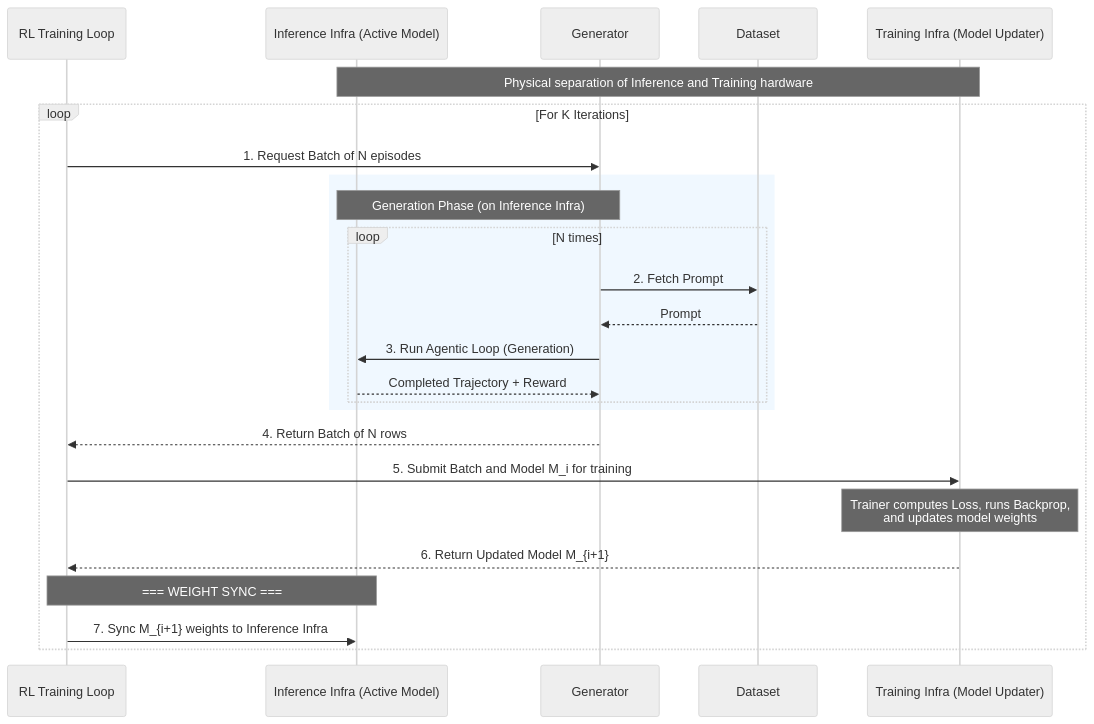
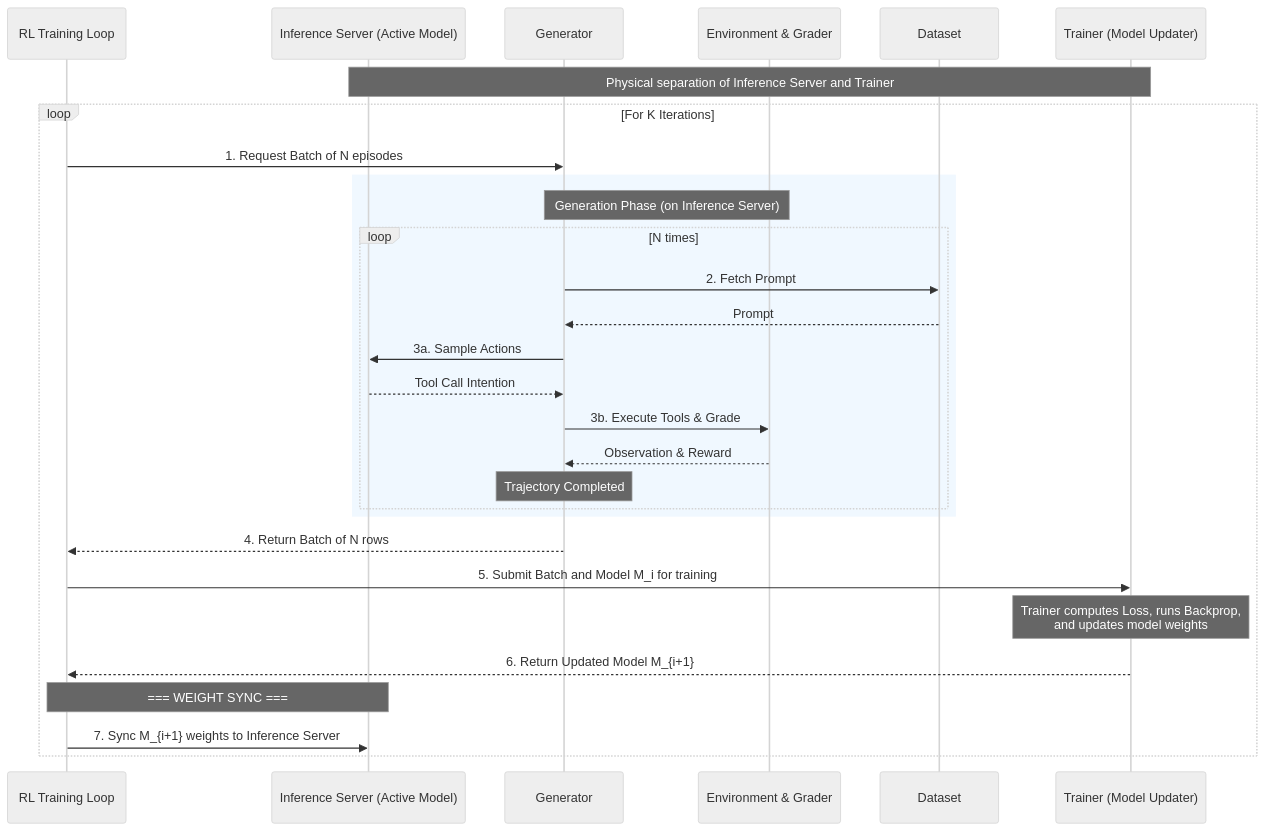
The diagram in rl_training_loop_detailed.mmd (droot/RL101), drawn with Mermaid (neutral theme) before and after one commit. The commit also changed 6 other files, not shown here.

Commit message:
RL 101: Added inference server and environement in all

```diff
--- a/rl_training_loop_detailed.mmd
+++ b/rl_training_loop_detailed.mmd
@@ -1,31 +1,35 @@
 sequenceDiagram
     participant O as RL Training Loop
-    participant I as Inference Infra (Active Model)
+    participant I as Inference Server (Active Model)
     participant G as Generator
+    participant E as Environment & Grader
     participant D as Dataset
-    participant T as Training Infra (Model Updater)
+    participant T as Trainer (Model Updater)
 
-    Note over I,T: Physical separation of Inference and Training hardware
+    Note over I,T: Physical separation of Inference Server and Trainer
     
     loop For K Iterations
         O->>G: 1. Request Batch of N episodes
         
         rect rgb(240, 248, 255)
-            Note over G,I: Generation Phase (on Inference Infra)
+            Note over G,E: Generation Phase (on Inference Server)
             loop N times
                 G->>D: 2. Fetch Prompt
                 D-->>G: Prompt
-                G->>I: 3. Run Agentic Loop (Generation)
-                I-->>G: Completed Trajectory + Reward
+                G->>I: 3a. Sample Actions
+                I-->>G: Tool Call Intention
+                G->>E: 3b. Execute Tools & Grade
+                E-->>G: Observation & Reward
+                Note over G: Trajectory Completed
             end
         end
         
         G-->>O: 4. Return Batch of N rows
         
         O->>T: 5. Submit Batch and Model M_i for training
         Note over T: Trainer computes Loss, runs Backprop,<br/>and updates model weights
         T-->>O: 6. Return Updated Model M_{i+1}
         
         Note over O,I: === WEIGHT SYNC ===
-        O->>I: 7. Sync M_{i+1} weights to Inference Infra
+        O->>I: 7. Sync M_{i+1} weights to Inference Server
     end
```
